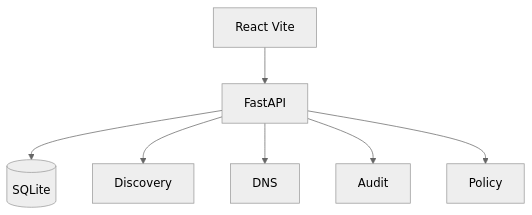
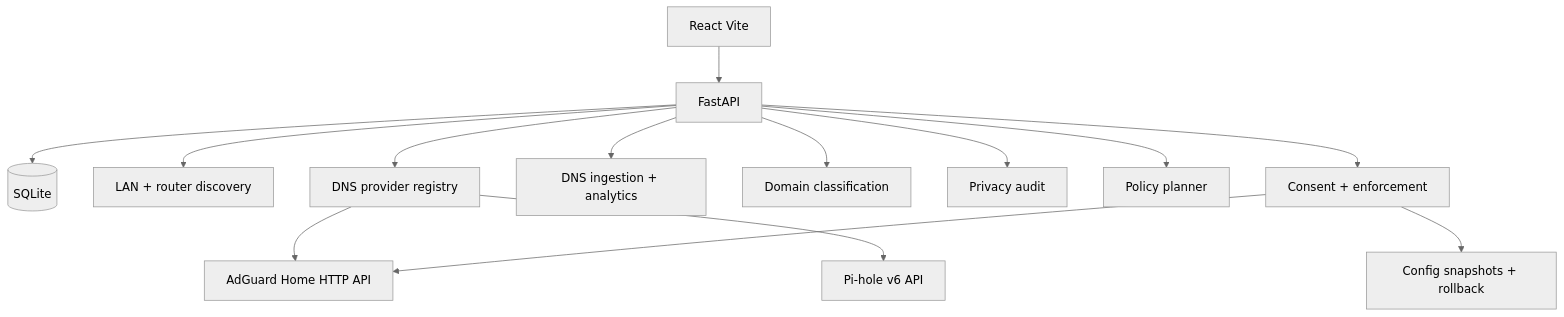
Before and after one commit to meghana-vanamoju/Netra: the diagram in docs/ARCHITECTURE.md, drawn with Mermaid (neutral theme). The commit also changed other lines of this file and 32 other files, not shown here.

Commit message:
feat(dns): integrate real AdGuard Home privacy monitoring

````diff
--- a/docs/ARCHITECTURE.md
+++ b/docs/ARCHITECTURE.md
@@ -3,9 +3,16 @@
 ```mermaid
 graph TD
   Frontend[React Vite] --> Backend[FastAPI]
   Backend --> SQLite[(SQLite)]
-  Backend --> Discovery
-  Backend --> DNS
-  Backend --> Audit
-  Backend --> Policy
+  Backend --> Discovery[LAN + router discovery]
+  Backend --> ProviderRegistry[DNS provider registry]
+  ProviderRegistry --> AdGuard[AdGuard Home HTTP API]
+  ProviderRegistry --> PiHole[Pi-hole v6 API]
+  Backend --> DNS[DNS ingestion + analytics]
+  Backend --> Classifier[Domain classification]
+  Backend --> Audit[Privacy audit]
+  Backend --> Policy[Policy planner]
+  Backend --> Consent[Consent + enforcement]
+  Consent --> AdGuard
+  Consent --> Snapshots[Config snapshots + rollback]
 ```
````
